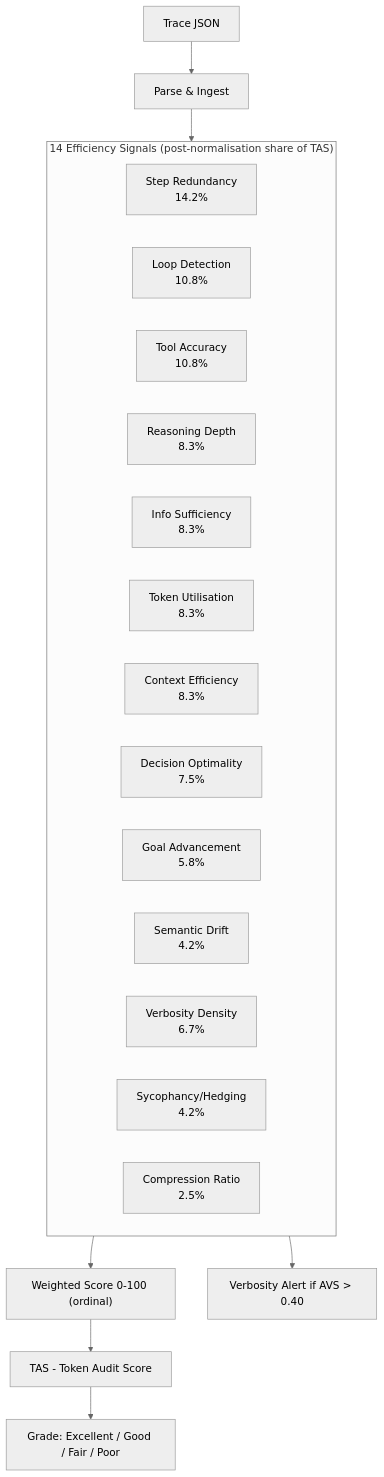
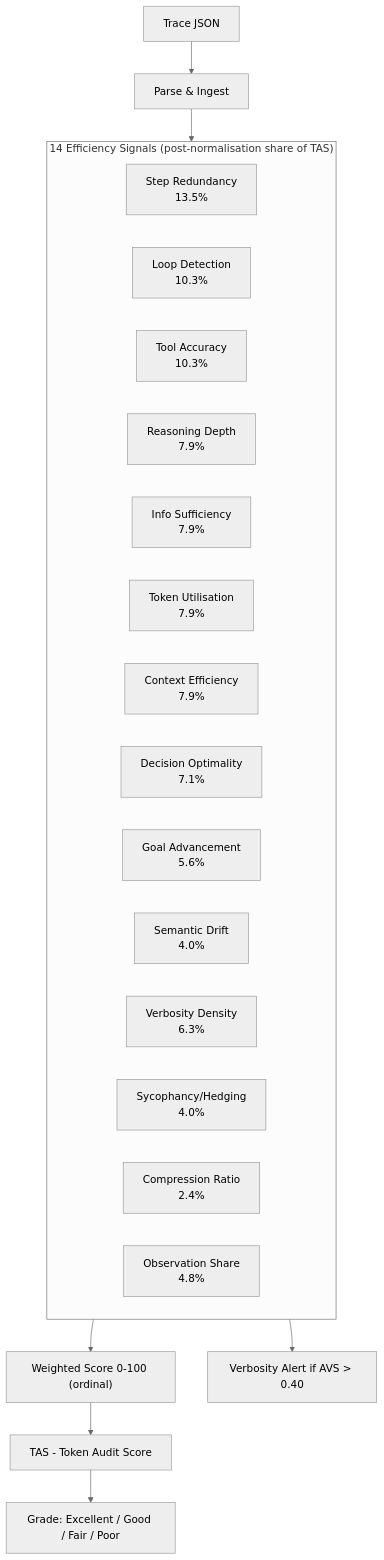
The first of 4 diagrams in README.md (ZulfaqarHafez/TraceRazor), drawn with Mermaid (neutral theme) before and after one commit. The commit also changed other lines of this file and 27 other files, not shown here.

````diff
--- a/README.md
+++ b/README.md
@@ -75,27 +70,28 @@
 ```mermaid
 flowchart TD
     T[Trace JSON] --> P[Parse & Ingest]
     P --> M
 
     subgraph M["14 Efficiency Signals (post-normalisation share of TAS)"]
         direction LR
-        S1["Step Redundancy\n14.2%"]
-        S2["Loop Detection\n10.8%"]
-        S3["Tool Accuracy\n10.8%"]
-        S4["Reasoning Depth\n8.3%"]
-        S5["Info Sufficiency\n8.3%"]
-        S6["Token Utilisation\n8.3%"]
-        S7["Context Efficiency\n8.3%"]
-        S8["Decision Optimality\n7.5%"]
-        S9["Goal Advancement\n5.8%"]
-        S10["Semantic Drift\n4.2%"]
-        V1["Verbosity Density\n6.7%"]
-        V2["Sycophancy/Hedging\n4.2%"]
-        V3["Compression Ratio\n2.5%"]
+        S1["Step Redundancy\n13.5%"]
+        S2["Loop Detection\n10.3%"]
+        S3["Tool Accuracy\n10.3%"]
+        S4["Reasoning Depth\n7.9%"]
+        S5["Info Sufficiency\n7.9%"]
+        S6["Token Utilisation\n7.9%"]
+        S7["Context Efficiency\n7.9%"]
+        S8["Decision Optimality\n7.1%"]
+        S9["Goal Advancement\n5.6%"]
+        S10["Semantic Drift\n4.0%"]
+        V1["Verbosity Density\n6.3%"]
+        V2["Sycophancy/Hedging\n4.0%"]
+        V3["Compression Ratio\n2.4%"]
+        O1["Observation Share\n4.8%"]
     end
 
     M --> W["Weighted Score 0-100 (ordinal)"]
     W --> TAS["TAS - Token Audit Score"]
     TAS --> G["Grade: Excellent / Good / Fair / Poor"]
     M --> AVS["Verbosity Alert if AVS > 0.40"]
 ```
````
